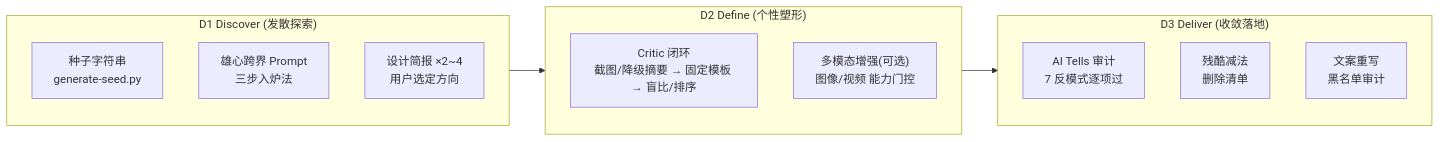
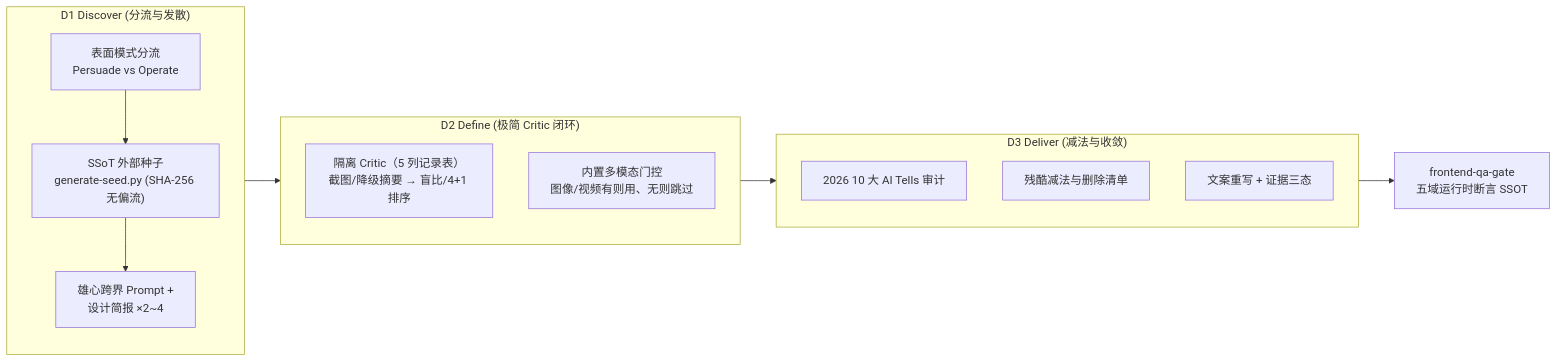
The diagram in docs/explanation/architecture/taste-driven-designer-design.md (CodingRookie98/cr-agent-arsenal), drawn with Mermaid before and after one commit. The commit also changed other lines of this file and 38 other files, not shown here.

````diff
--- a/docs/explanation/architecture/taste-driven-designer-design.md
+++ b/docs/explanation/architecture/taste-driven-designer-design.md
@@ -55,24 +57,25 @@
 ```mermaid
 flowchart LR
-    subgraph D1["D1 Discover (发散探索)"]
+    subgraph D1["D1 Discover (分流与发散)"]
         direction TB
-        S["种子字符串<br/>generate-seed.py"]
-        P["雄心跨界 Prompt<br/>三步入炉法"]
-        B["设计简报 ×2~4<br/>用户选定方向"]
+        M["表面模式分流<br/>Persuade vs Operate"]
+        S["SSoT 外部种子<br/>generate-seed.py (SHA-256 无偏流)"]
+        P["雄心跨界 Prompt +<br/>设计简报 ×2~4"]
+        M --> S --> P
     end
 
-    subgraph D2["D2 Define (个性塑形)"]
+    subgraph D2["D2 Define (极简 Critic 闭环)"]
         direction TB
-        C["Critic 闭环<br/>截图/降级摘要 → 固定模板 → 盲比/排序"]
-        M["多模态增强(可选)<br/>图像/视频 能力门控"]
+        C["隔离 Critic（5 列记录表）<br/>截图/降级摘要 → 盲比/4+1 排序"]
+        E["内置多模态门控<br/>图像/视频有则用、无则跳过"]
     end
 
-    subgraph D3["D3 Deliver (收敛落地)"]
+    subgraph D3["D3 Deliver (减法与收敛)"]
         direction TB
-        A["AI Tells 审计<br/>7 反模式逐项过"]
-        R["残酷减法<br/>删除清单"]
-        W["文案重写<br/>黑名单审计"]
+        A["2026 10 大 AI Tells 审计"]
+        R["残酷减法与删除清单"]
+        W["文案重写 + 证据三态"]
     end
 
-    D1 --> D2 --> D3
+    D1 --> D2 --> D3 --> QA["frontend-qa-gate<br/>五域运行时断言 SSOT"]
 ```
````
